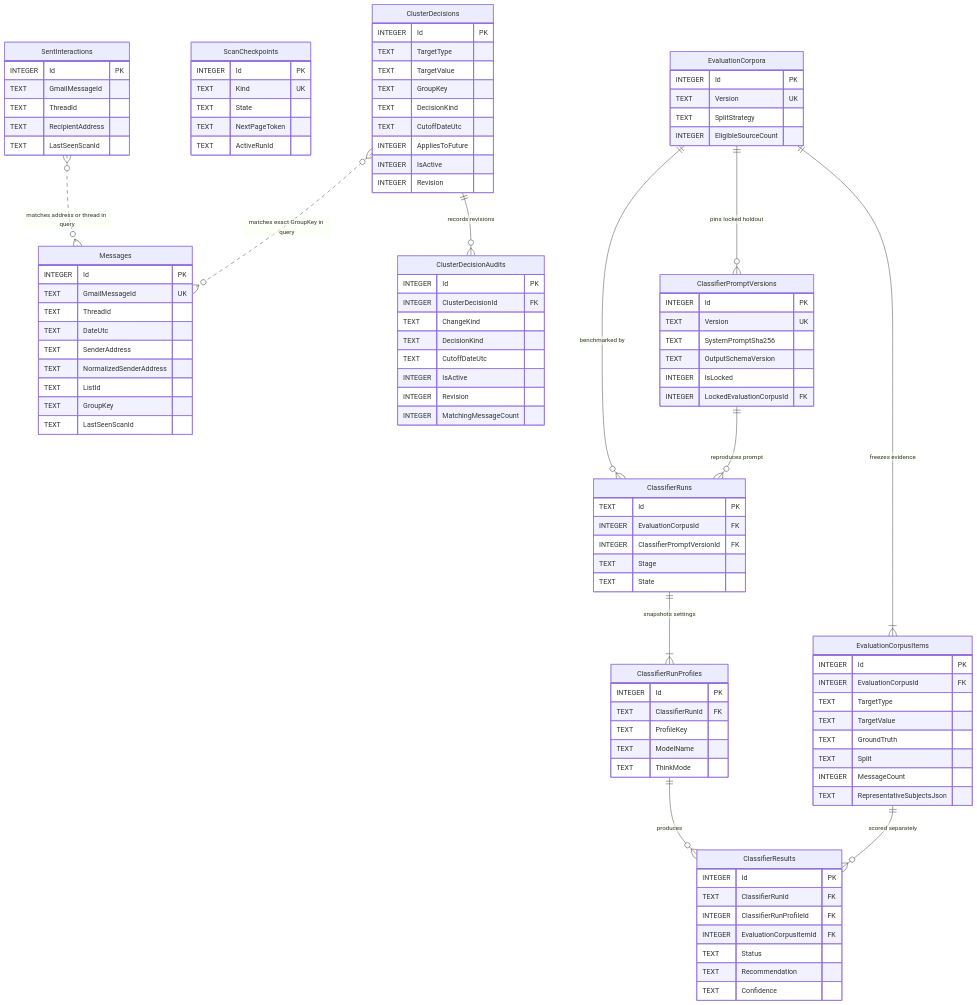
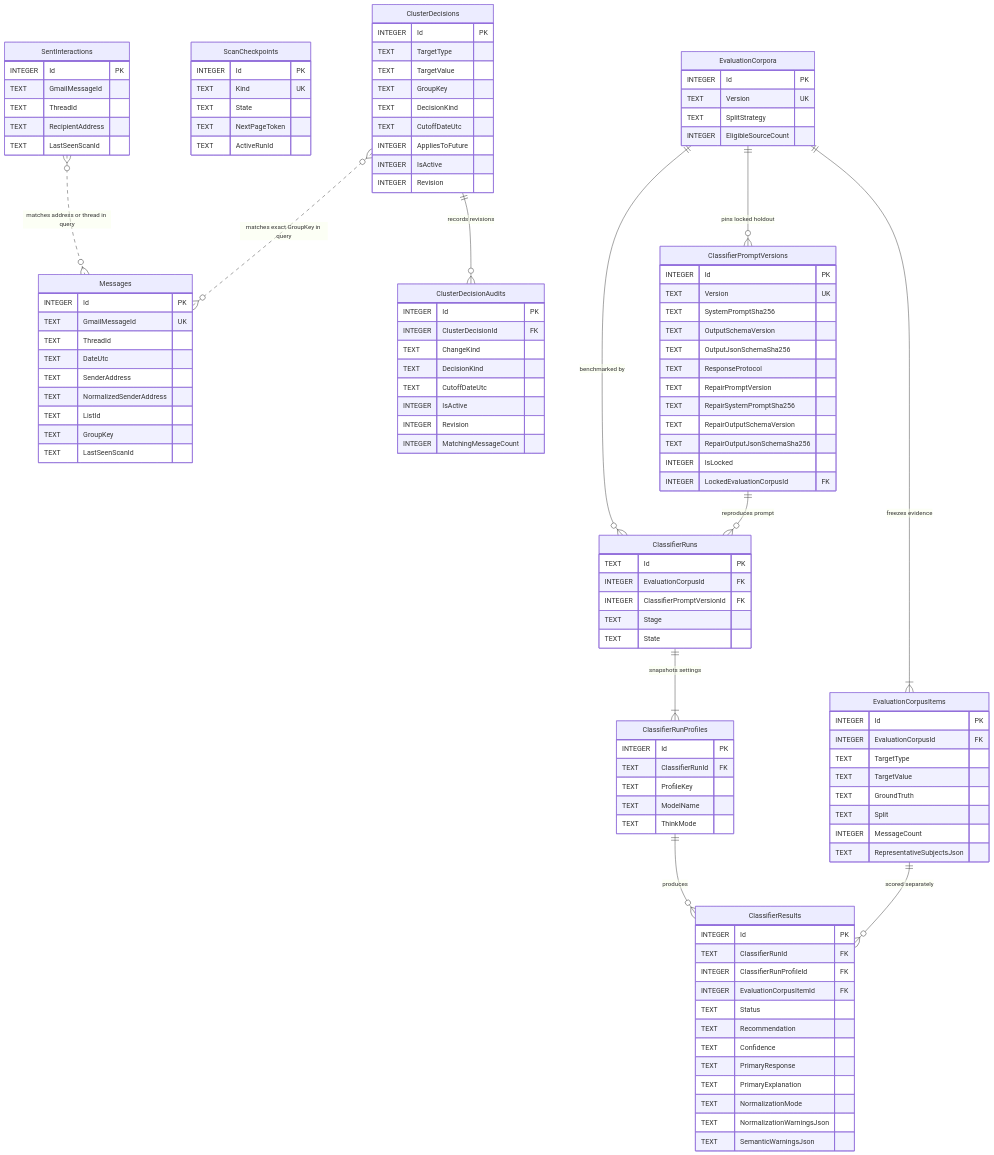
The diagram in docs/database-schema.md (JayCroghan/Inbox-Curator), drawn with Mermaid before and after one commit. The commit also changed other lines of this file and 28 other files, not shown here.

Commit message:
MAIL-003A.1: add rich response normalization and self-repair

```diff
--- a/docs/database-schema.md
+++ b/docs/database-schema.md
@@ -71,6 +71,12 @@
         TEXT Version UK
         TEXT SystemPromptSha256
         TEXT OutputSchemaVersion
+        TEXT OutputJsonSchemaSha256
+        TEXT ResponseProtocol
+        TEXT RepairPromptVersion
+        TEXT RepairSystemPromptSha256
+        TEXT RepairOutputSchemaVersion
+        TEXT RepairOutputJsonSchemaSha256
         INTEGER IsLocked
         INTEGER LockedEvaluationCorpusId FK
     }
@@ -96,6 +102,11 @@
         TEXT Status
         TEXT Recommendation
         TEXT Confidence
+        TEXT PrimaryResponse
+        TEXT PrimaryExplanation
+        TEXT NormalizationMode
+        TEXT NormalizationWarningsJson
+        TEXT SemanticWarningsJson
     }
 
     SentInteractions }o..o{ Messages : "matches address or thread in query"
```
